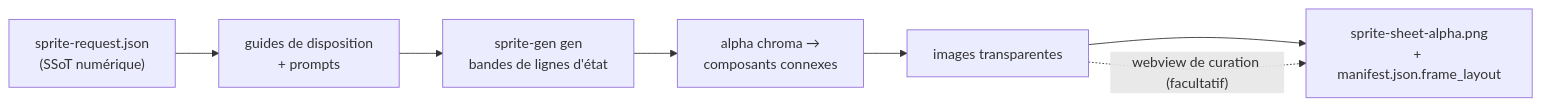
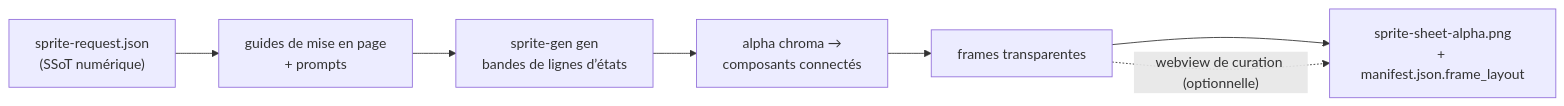
Before and after one commit to aldegad/sprite-gen: the diagram in README.fr.md, drawn with Mermaid. The commit also changed other lines of this file and 4 other files, not shown here.

````diff
--- a/README.fr.md
+++ b/README.fr.md
@@ -35,9 +35,9 @@
 ```mermaid
 flowchart LR
-    REQ["sprite-request.json<br/>(SSoT numérique)"] --> GUIDES["guides de disposition<br/>+ prompts"]
-    GUIDES --> GEN["sprite-gen gen<br/>bandes de lignes d'état"]
-    GEN --> EXTRACT["alpha chroma →<br/>composants connexes"]
-    EXTRACT --> FRAMES["images transparentes"]
+    REQ["sprite-request.json<br/>(SSoT numérique)"] --> GUIDES["guides de mise en page<br/>+ prompts"]
+    GUIDES --> GEN["sprite-gen gen<br/>bandes de lignes d’états"]
+    GEN --> EXTRACT["alpha chroma →<br/>composants connectés"]
+    EXTRACT --> FRAMES["frames transparentes"]
     FRAMES --> ATLAS["sprite-sheet-alpha.png<br/>+ manifest.json.frame_layout"]
-    FRAMES -. "webview de curation (facultatif)" .-> ATLAS
+    FRAMES -. "webview de curation (optionnelle)" .-> ATLAS
 ```
````
